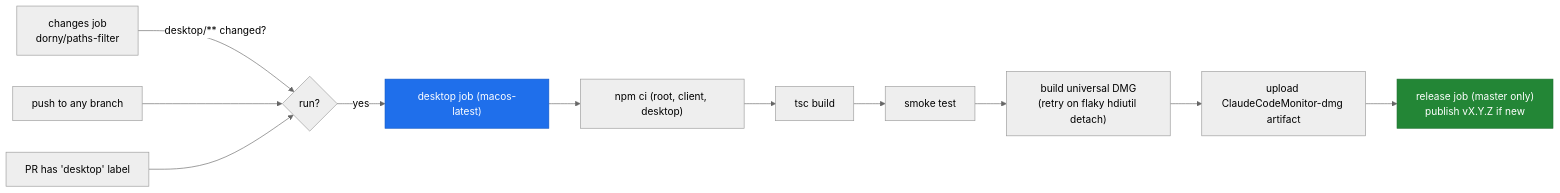
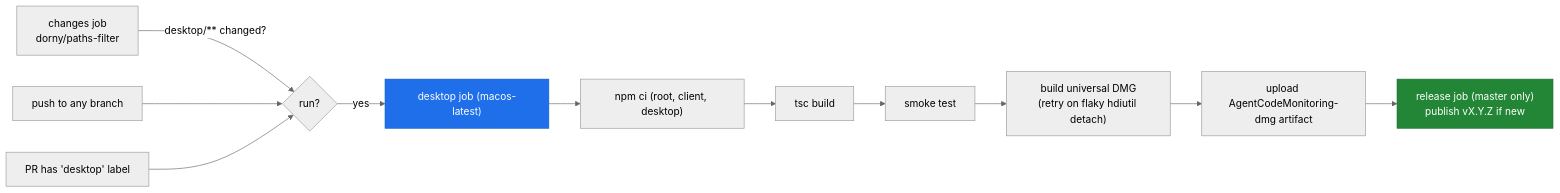
Before and after one commit to billphamhypertek/agent-code-monitoring: diagram 13 of 14 in desktop/README.md, drawn with Mermaid (neutral theme). The commit also changed other lines of this file and 53 other files, not shown here.

````diff
--- a/desktop/README.md
+++ b/desktop/README.md
@@ -675,16 +675,16 @@
 ```mermaid
 flowchart LR
     ch["changes job<br/>dorny/paths-filter"] -->|"desktop/** changed?"| gate{run?}
     push["push to any branch"] --> gate
     label["PR has 'desktop' label"] --> gate
     gate -->|yes| job["desktop job (macos-latest)"]
     job --> j1["npm ci (root, client, desktop)"]
     j1 --> j2["tsc build"]
     j2 --> j3["smoke test"]
     j3 --> j4["build universal DMG<br/>(retry on flaky hdiutil detach)"]
-    j4 --> j5["upload ClaudeCodeMonitor-dmg artifact"]
+    j4 --> j5["upload AgentCodeMonitoring-dmg artifact"]
     j5 --> rel["release job (master only)<br/>publish vX.Y.Z if new"]
 
     style job fill:#1f6feb,stroke:#1158c7,color:#fff
     style rel fill:#238636,stroke:#1a6e2c,color:#fff
 ```
````
